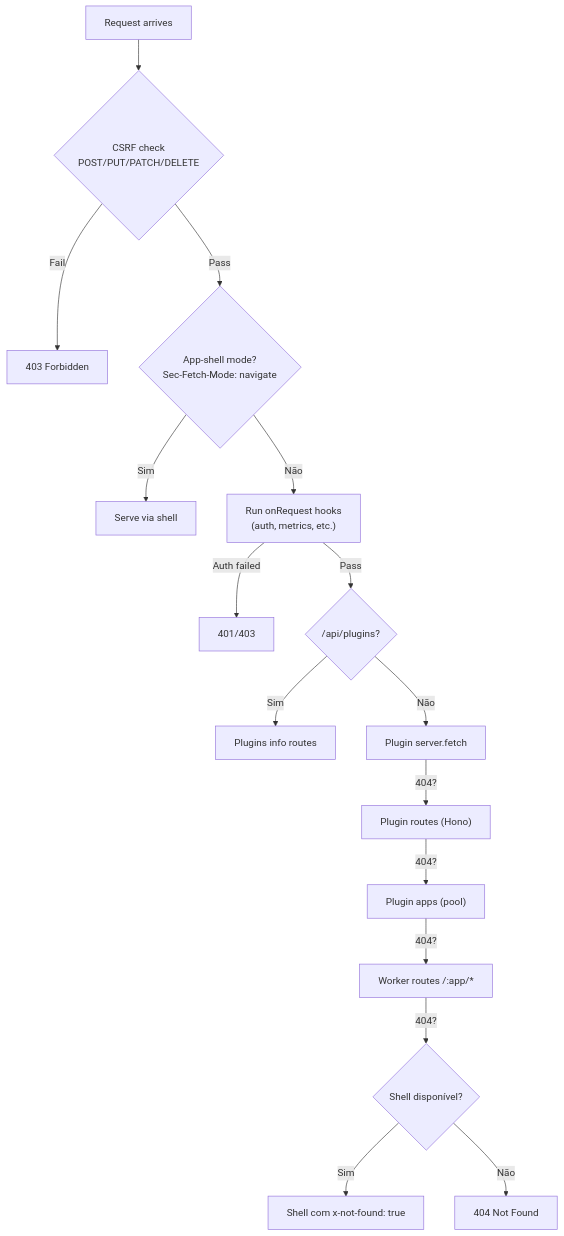
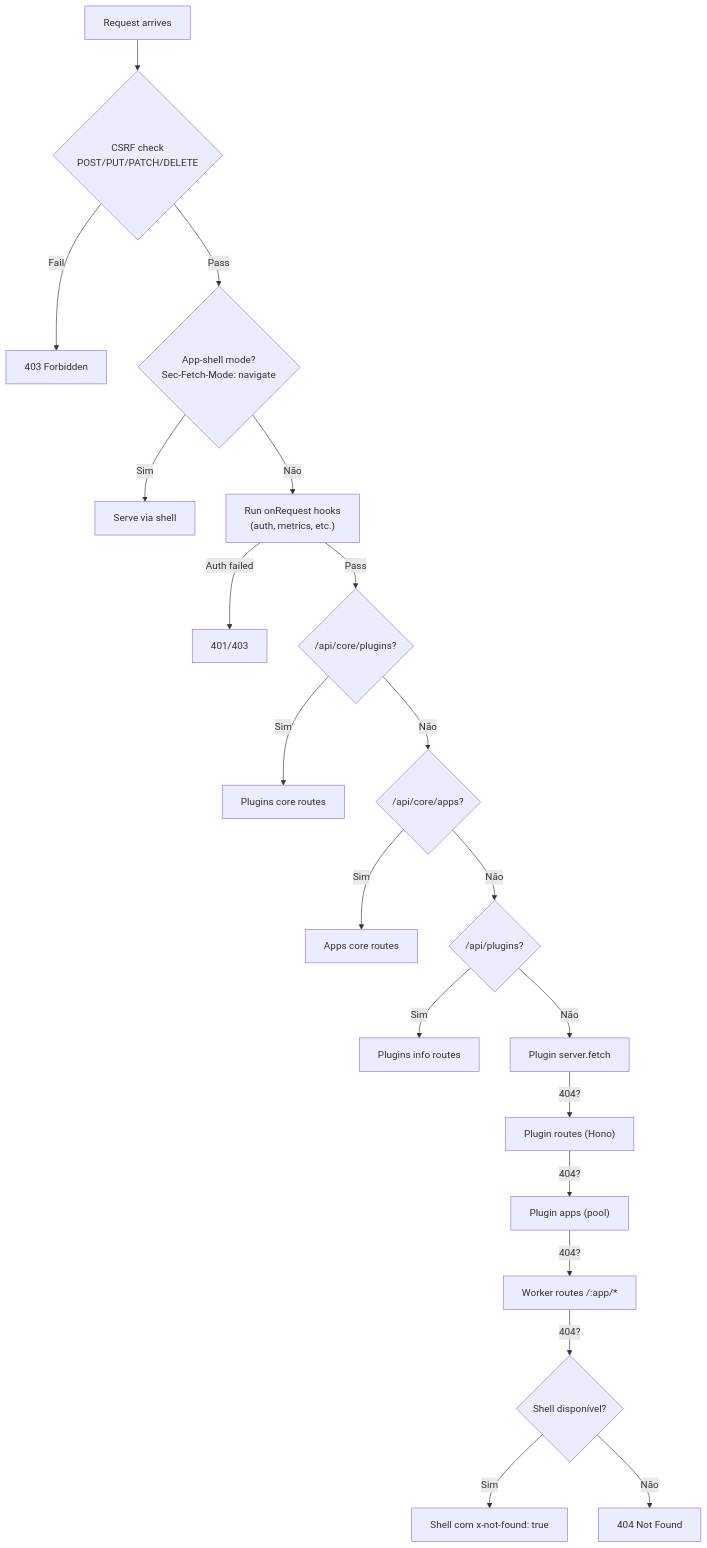
One commit to zommehq/buntime changed the third of 4 diagrams in runtime/docs/fundamentals/server-core.adoc. Above: the diagram before and after it, drawn with Mermaid. The commit also changed other lines of this file and 221 other files, not shown here.

```diff
--- a/runtime/docs/fundamentals/server-core.adoc
+++ b/runtime/docs/fundamentals/server-core.adoc
@@ -479,19 +473,23 @@
 [mermaid]
 ----
 flowchart TD
     A[Request arrives] --> B{CSRF check<br/>POST/PUT/PATCH/DELETE}
     B -->|Fail| C[403 Forbidden]
     B -->|Pass| D{App-shell mode?<br/>Sec-Fetch-Mode: navigate}
     D -->|Sim| E[Serve via shell]
     D -->|Não| F["Run onRequest hooks<br/>(auth, metrics, etc.)"]
     F -->|Auth failed| G[401/403]
-    F -->|Pass| H{"/api/plugins?"}
+    F -->|Pass| G1{"/api/core/plugins?"}
+    G1 -->|Sim| G2[Plugins core routes]
+    G1 -->|Não| G3{"/api/core/apps?"}
+    G3 -->|Sim| G4[Apps core routes]
+    G3 -->|Não| H{"/api/plugins?"}
     H -->|Sim| I[Plugins info routes]
     H -->|Não| J["Plugin server.fetch"]
     J -->|404?| K["Plugin routes (Hono)"]
     K -->|404?| L["Plugin apps (pool)"]
     L -->|404?| M["Worker routes /:app/*"]
     M -->|404?| N{Shell disponível?}
     N -->|Sim| O[Shell com x-not-found: true]
     N -->|Não| P[404 Not Found]
 ----
```
